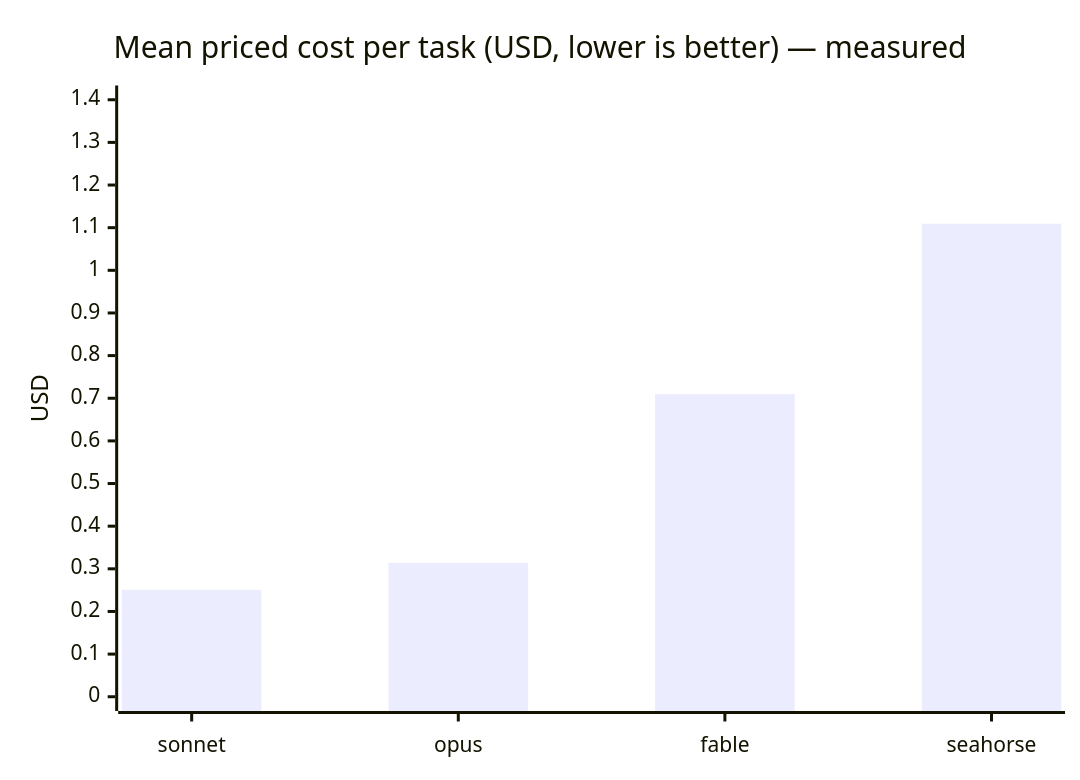
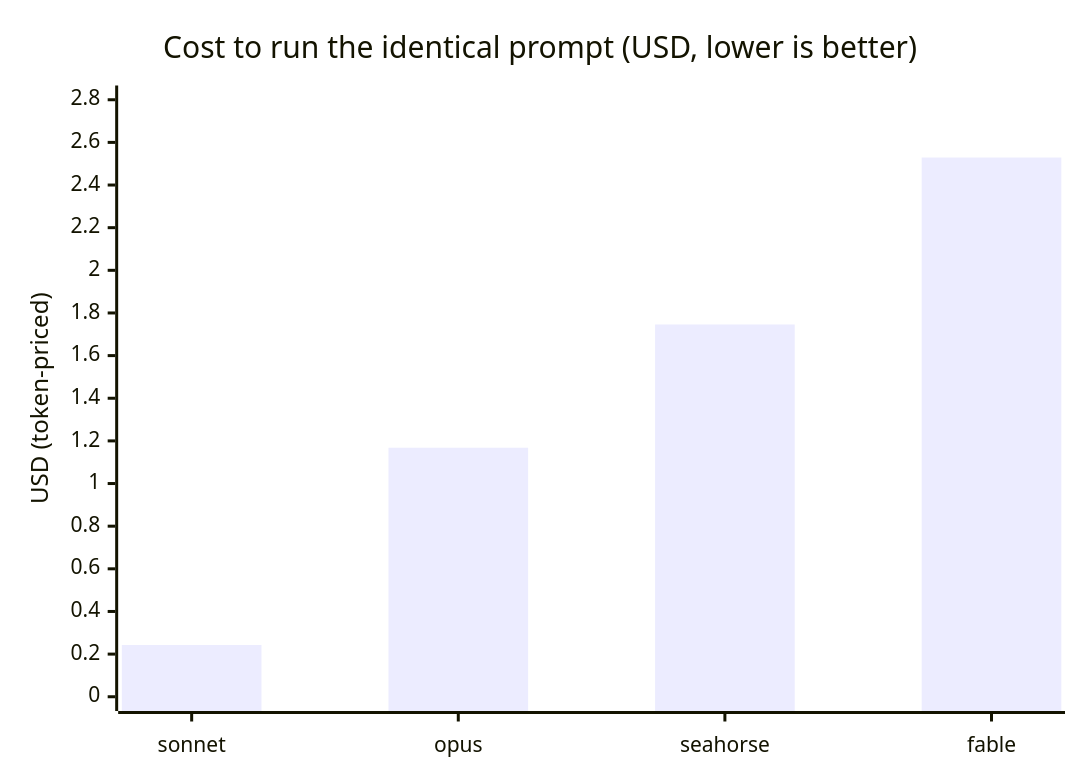
Before and after one commit to Archit3115/seahorse: the second of 3 diagrams in README.md, drawn with Mermaid. The commit also changed other lines of this file and 10 other files, not shown here.

````diff
--- a/README.md
+++ b/README.md
@@ -151,7 +226,7 @@
 ```mermaid
 xychart-beta
-    title "Mean priced cost per task (USD, lower is better) — measured"
-    x-axis ["sonnet", "opus", "fable", "seahorse"]
-    y-axis "USD" 0 --> 1.4
-    bar [0.2507, 0.3139, 0.7095, 1.1091]
+    title "Cost to run the identical prompt (USD, lower is better)"
+    x-axis ["sonnet", "opus", "seahorse", "fable"]
+    y-axis "USD (token-priced)" 0 --> 2.8
+    bar [0.2428, 1.1679, 1.7459, 2.5290]
 ```
````
